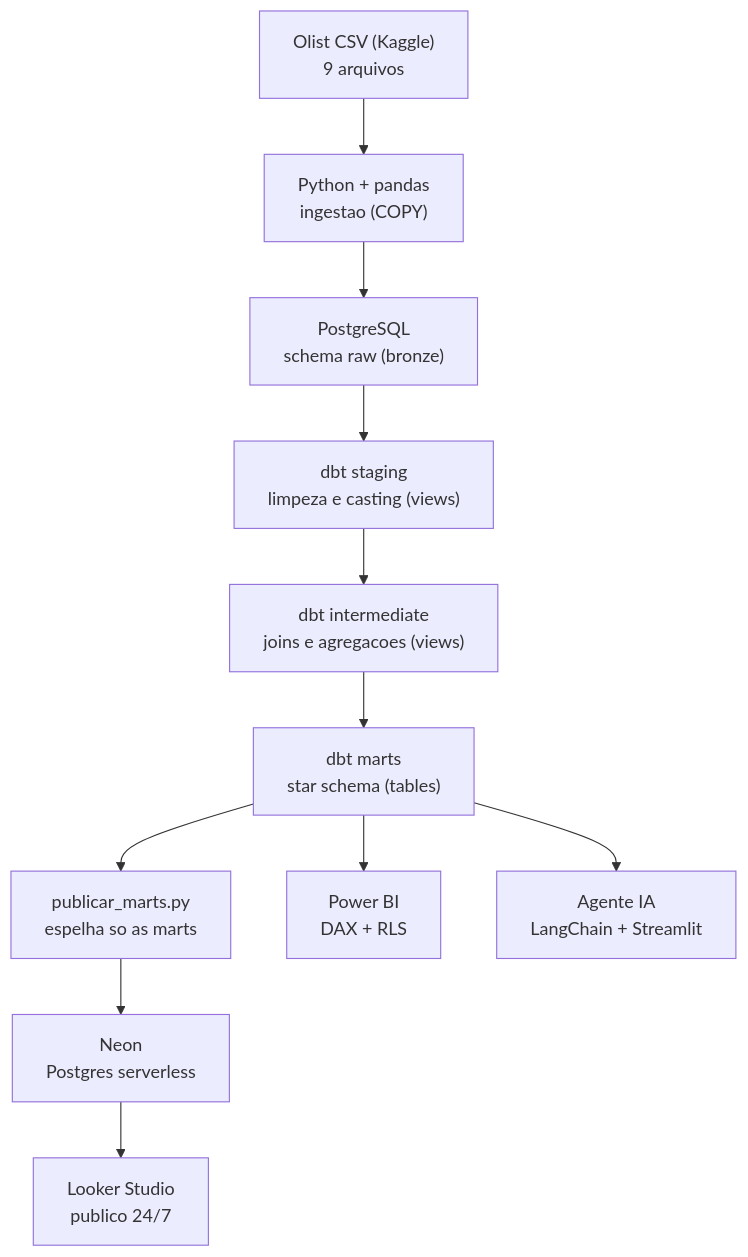
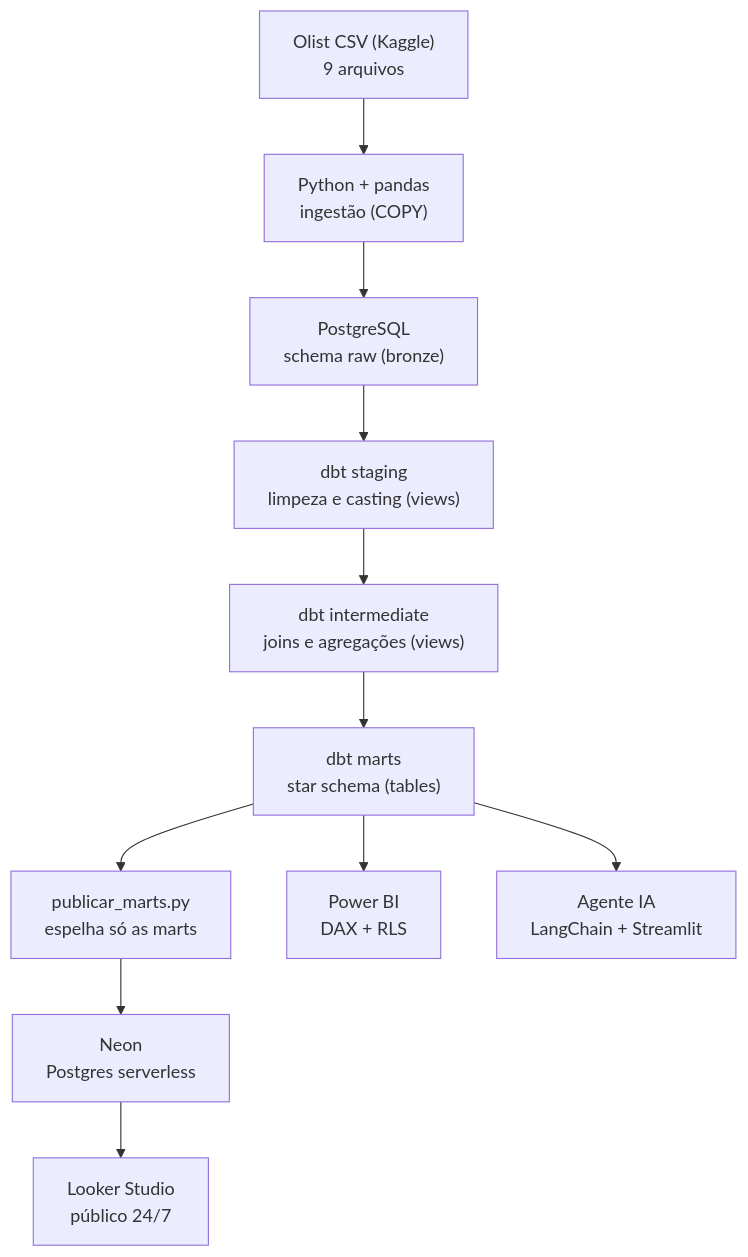
One commit to gustavohenriqq/pipeline-olist changed the first of 2 diagrams in README.md. Above: the diagram before and after it, drawn with Mermaid. The commit also changed other lines of this file and 3 other files, not shown here.

````diff
--- a/README.md
+++ b/README.md
@@ -126,13 +126,13 @@
 ```mermaid
 flowchart TD
-    A["Olist CSV (Kaggle)<br/>9 arquivos"] --> B["Python + pandas<br/>ingestao (COPY)"]
+    A["Olist CSV (Kaggle)<br/>9 arquivos"] --> B["Python + pandas<br/>ingestão (COPY)"]
     B --> C["PostgreSQL<br/>schema raw (bronze)"]
     C --> D["dbt staging<br/>limpeza e casting (views)"]
-    D --> E["dbt intermediate<br/>joins e agregacoes (views)"]
+    D --> E["dbt intermediate<br/>joins e agregações (views)"]
     E --> F["dbt marts<br/>star schema (tables)"]
-    F --> P["publicar_marts.py<br/>espelha so as marts"]
+    F --> P["publicar_marts.py<br/>espelha só as marts"]
     P --> N["Neon<br/>Postgres serverless"]
-    N --> H["Looker Studio<br/>publico 24/7"]
+    N --> H["Looker Studio<br/>público 24/7"]
     F --> G["Power BI<br/>DAX + RLS"]
     F --> I["Agente IA<br/>LangChain + Streamlit"]
 ```
````
